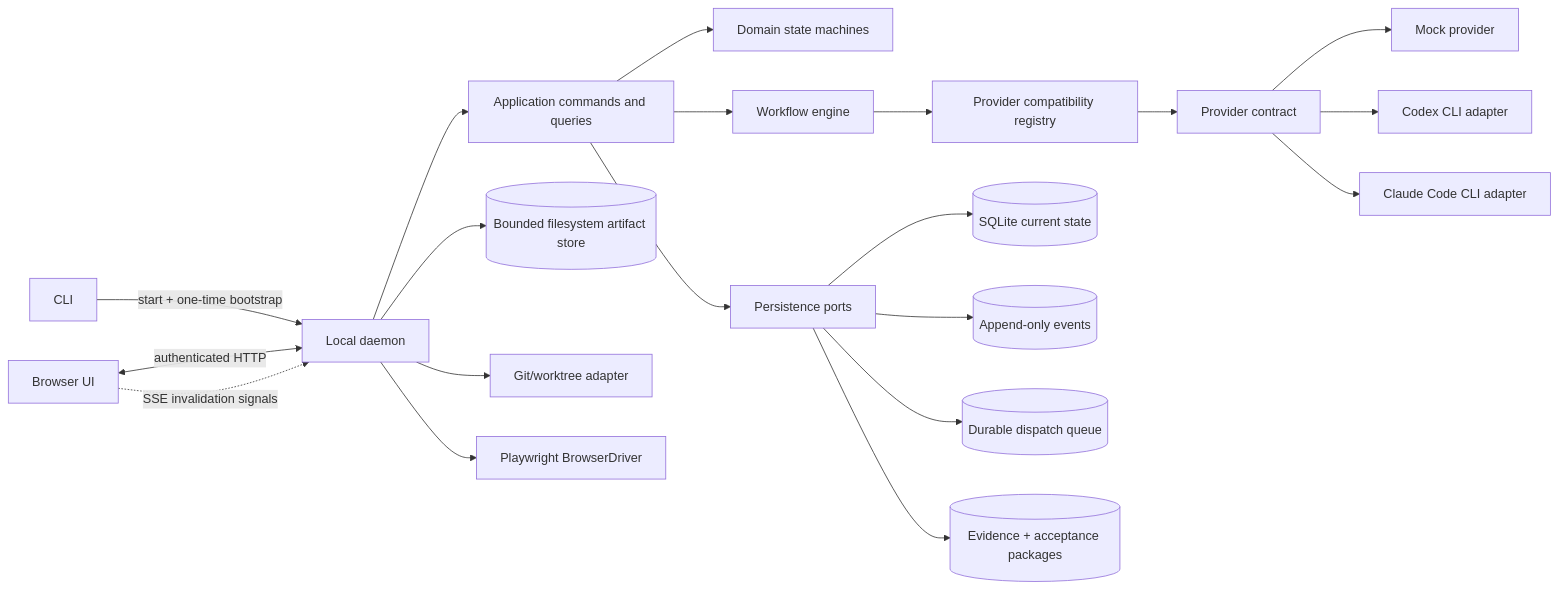
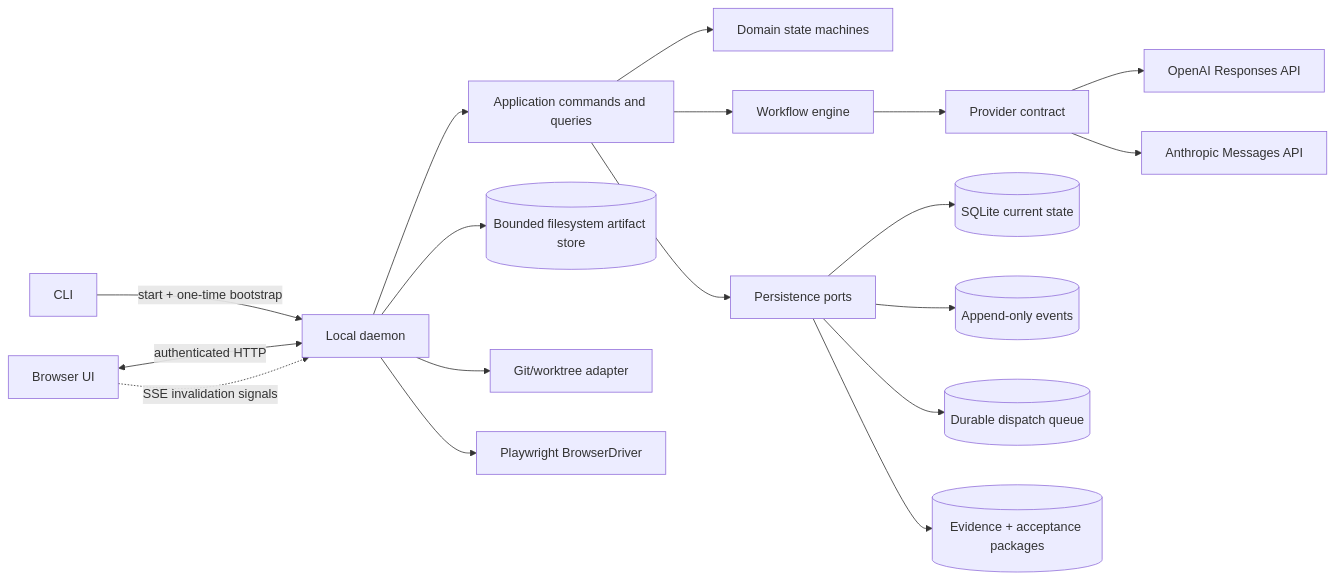
One commit to loomrail/loomrail changed the first of 2 diagrams in docs/architecture/OVERVIEW.md. Above: the diagram before and after it, drawn with Mermaid. The commit also changed other lines of this file and 181 other files, not shown here.

````diff
--- a/docs/architecture/OVERVIEW.md
+++ b/docs/architecture/OVERVIEW.md
@@ -12,25 +12,23 @@
 ```mermaid
 flowchart LR
     CLI[CLI] -->|start + one-time bootstrap| D[Local daemon]
     UI[Browser UI] <-->|authenticated HTTP| D
     UI -. SSE invalidation signals .-> D
 
     D --> APP[Application commands and queries]
     APP --> DOMAIN[Domain state machines]
     APP --> WF[Workflow engine]
-    WF --> COMP[Provider compatibility registry]
-    COMP --> PC[Provider contract]
-    PC --> MOCK[Mock provider]
-    PC --> CODEX[Codex CLI adapter]
-    PC --> CLAUDE[Claude Code CLI adapter]
+    WF --> PC[Provider contract]
+    PC --> OPENAI[OpenAI Responses API]
+    PC --> ANTHROPIC[Anthropic Messages API]
 
     APP --> PORT[Persistence ports]
     PORT --> DB[(SQLite current state)]
     PORT --> EVT[(Append-only events)]
     PORT --> QUEUE[(Durable dispatch queue)]
     PORT --> EVIDENCE[(Evidence + acceptance packages)]
 
     D --> ART[(Bounded filesystem artifact store)]
     D --> GIT[Git/worktree adapter]
     D --> BROWSER[Playwright BrowserDriver]
 ```
````
